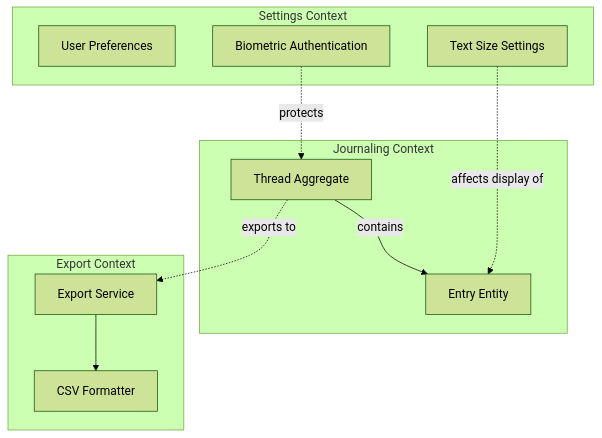
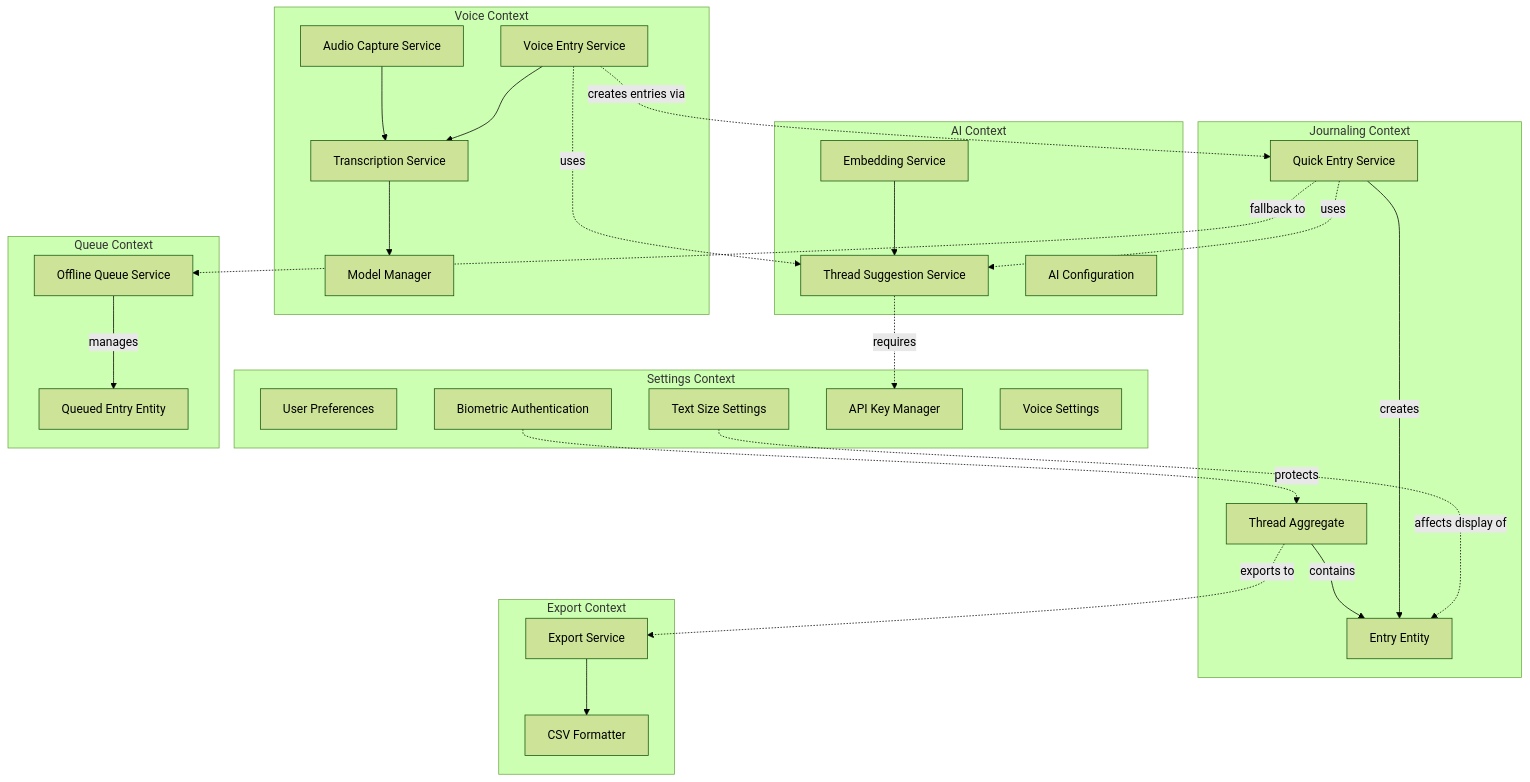
One commit to ericzhou129/ThreadJournal2 changed the first of 14 diagrams in Engineering/Technical-Implementation-Plan.md. Above: the diagram before and after it, drawn with Mermaid (forest theme). The commit also changed other lines of this file and 14 other files, not shown here.

````diff
--- a/Engineering/Technical-Implementation-Plan.md
+++ b/Engineering/Technical-Implementation-Plan.md
@@ -38,24 +49,56 @@
 ```mermaid
 graph TB
     subgraph "Journaling Context"
         Thread[Thread Aggregate]
         Entry[Entry Entity]
+        QuickEntry[Quick Entry Service]
         Thread -->|contains| Entry
+        QuickEntry -->|creates| Entry
+    end
+    
+    subgraph "AI Context"
+        EmbeddingService[Embedding Service]
+        ThreadSuggestionService[Thread Suggestion Service]
+        AIConfiguration[AI Configuration]
+        EmbeddingService --> ThreadSuggestionService
+    end
+    
+    subgraph "Voice Context"
+        AudioCapture[Audio Capture Service]
+        TranscriptionService[Transcription Service]
+        ModelManager[Model Manager]
+        VoiceEntry[Voice Entry Service]
+        AudioCapture --> TranscriptionService
+        TranscriptionService --> ModelManager
+        VoiceEntry --> TranscriptionService
     end
     
     subgraph "Export Context"
         ExportService[Export Service]
         CSVFormatter[CSV Formatter]
         ExportService --> CSVFormatter
     end
     
     subgraph "Settings Context"
         UserPreferences[User Preferences]
         BiometricAuth[Biometric Authentication]
         TextSize[Text Size Settings]
+        APIKeyManager[API Key Manager]
+        VoiceSettings[Voice Settings]
+    end
+    
+    subgraph "Queue Context"
+        OfflineQueue[Offline Queue Service]
+        QueuedEntry[Queued Entry Entity]
+        OfflineQueue -->|manages| QueuedEntry
     end
     
     Thread -.->|exports to| ExportService
     BiometricAuth -.->|protects| Thread
     TextSize -.->|affects display of| Entry
+    QuickEntry -.->|uses| ThreadSuggestionService
+    ThreadSuggestionService -.->|requires| APIKeyManager
+    QuickEntry -.->|fallback to| OfflineQueue
+    VoiceEntry -.->|creates entries via| QuickEntry
+    VoiceEntry -.->|uses| ThreadSuggestionService
 ```
````
